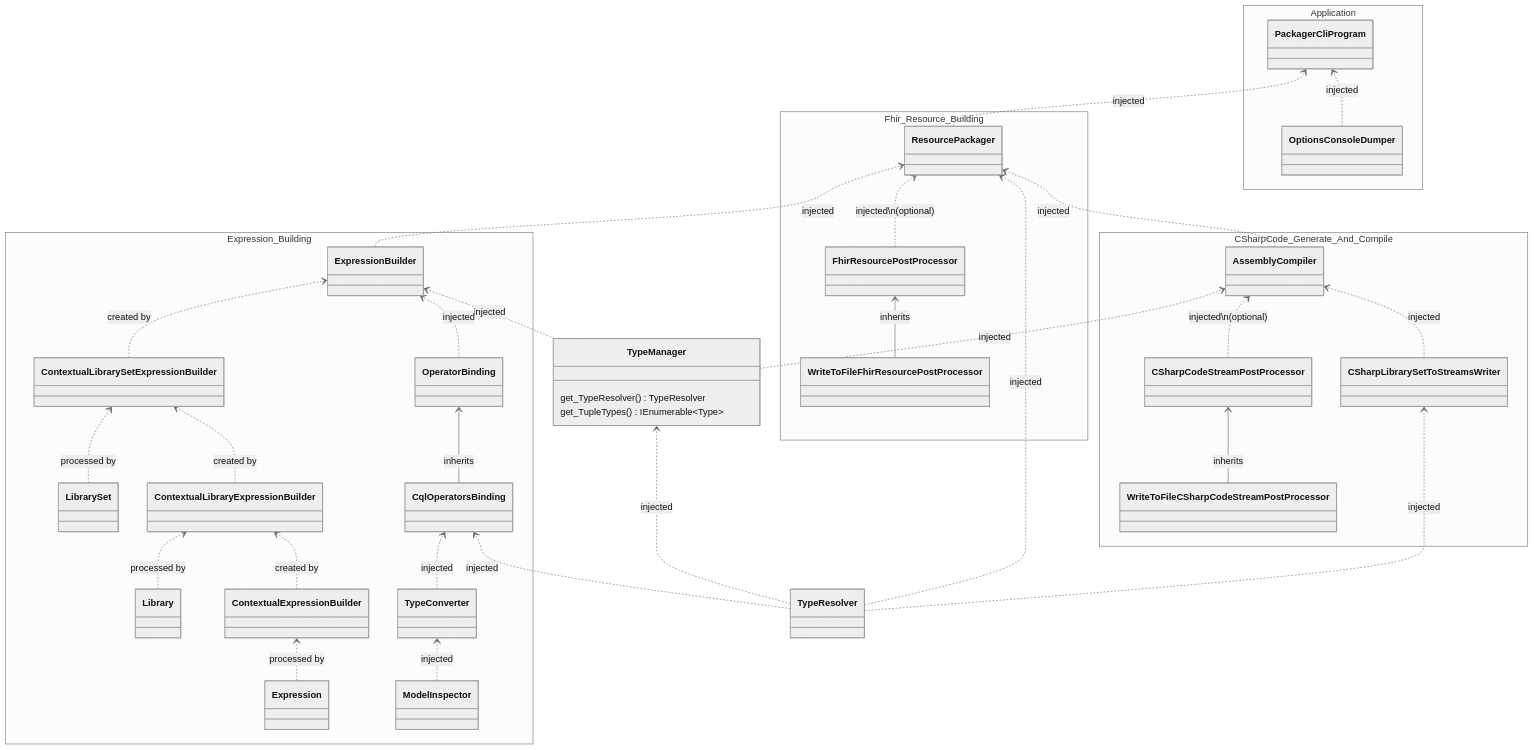
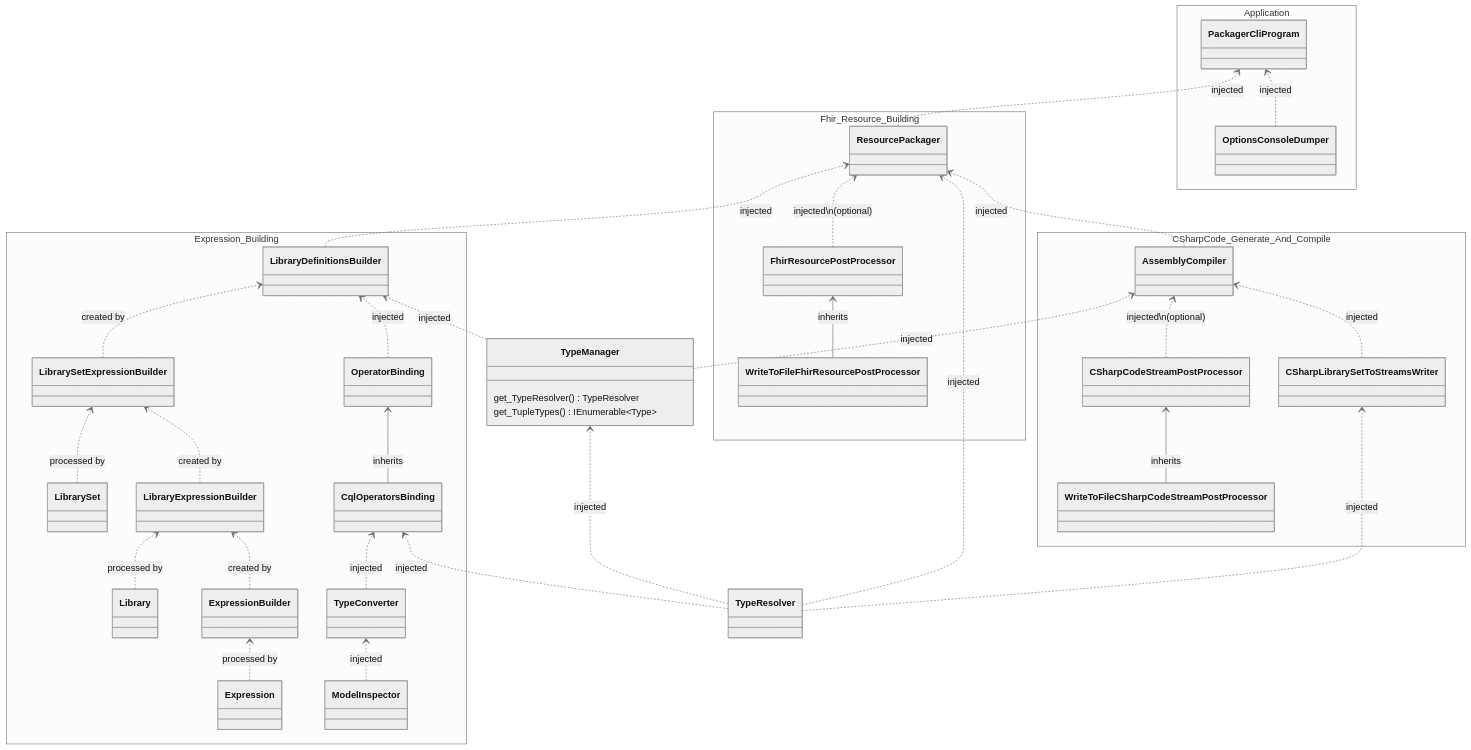
Before and after one commit to FirelyTeam/firely-cql-sdk: the first of 2 diagrams in docs/packager-cli-dependency-graph.md, drawn with Mermaid (neutral theme). The commit also changed other lines of this file and 40 other files, not shown here.

Commit message:
Rename ExpressionBuilder -> LibraryDefinitionsBuilder. Remove Contextual from all other types

```diff
--- a/docs/packager-cli-dependency-graph.md
+++ b/docs/packager-cli-dependency-graph.md
@@ -37,16 +37,16 @@
         class LibrarySet{
         }
 
-        class ContextualExpressionBuilder{
+        class ExpressionBuilder{
         }
 
-        class ContextualLibraryExpressionBuilder{
+        class LibraryExpressionBuilder{
         }
 
-        class ContextualLibrarySetExpressionBuilder{
+        class LibrarySetExpressionBuilder{
         }
 
-        class ExpressionBuilder {
+        class LibraryDefinitionsBuilder {
         }
 
         class OperatorBinding {
@@ -94,17 +94,17 @@
     CSharpLibrarySetToStreamsWriter ..> AssemblyCompiler : injected
     TypeManager ..> AssemblyCompiler : injected
     
-    Expression ..> ContextualExpressionBuilder : processed by
+    Expression ..> ExpressionBuilder : processed by
 
-    ContextualExpressionBuilder ..> ContextualLibraryExpressionBuilder : created by
-    Library ..> ContextualLibraryExpressionBuilder : processed by
+    ExpressionBuilder ..> LibraryExpressionBuilder : created by
+    Library ..> LibraryExpressionBuilder : processed by
 
-    ContextualLibraryExpressionBuilder ..> ContextualLibrarySetExpressionBuilder : created by
-    LibrarySet ..> ContextualLibrarySetExpressionBuilder : processed by
+    LibraryExpressionBuilder ..> LibrarySetExpressionBuilder : created by
+    LibrarySet ..> LibrarySetExpressionBuilder : processed by
 
-    ContextualLibrarySetExpressionBuilder ..> ExpressionBuilder : created by
-    TypeManager ..> ExpressionBuilder : injected
-    OperatorBinding ..> ExpressionBuilder : injected
+    LibrarySetExpressionBuilder ..> LibraryDefinitionsBuilder : created by
+    TypeManager ..> LibraryDefinitionsBuilder : injected
+    OperatorBinding ..> LibraryDefinitionsBuilder : injected
 
     ResourcePackager ..> PackagerCliProgram : injected 
     OptionsConsoleDumper ..> PackagerCliProgram : injected 
@@ -118,7 +118,7 @@
 
     AssemblyCompiler ..> ResourcePackager : injected
     TypeResolver ..> ResourcePackager : injected
-    ExpressionBuilder ..> ResourcePackager : injected
+    LibraryDefinitionsBuilder ..> ResourcePackager : injected
     FhirResourcePostProcessor ..> ResourcePackager : injected\n(optional) 
     
     TypeResolver ..> CSharpLibrarySetToStreamsWriter : injected
```
